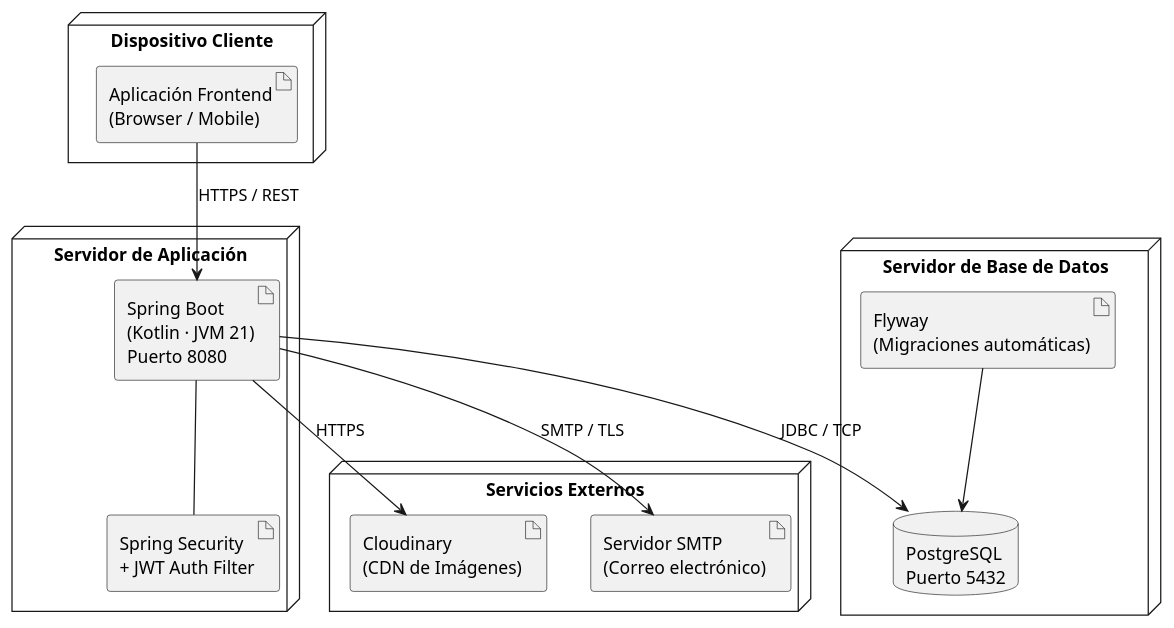
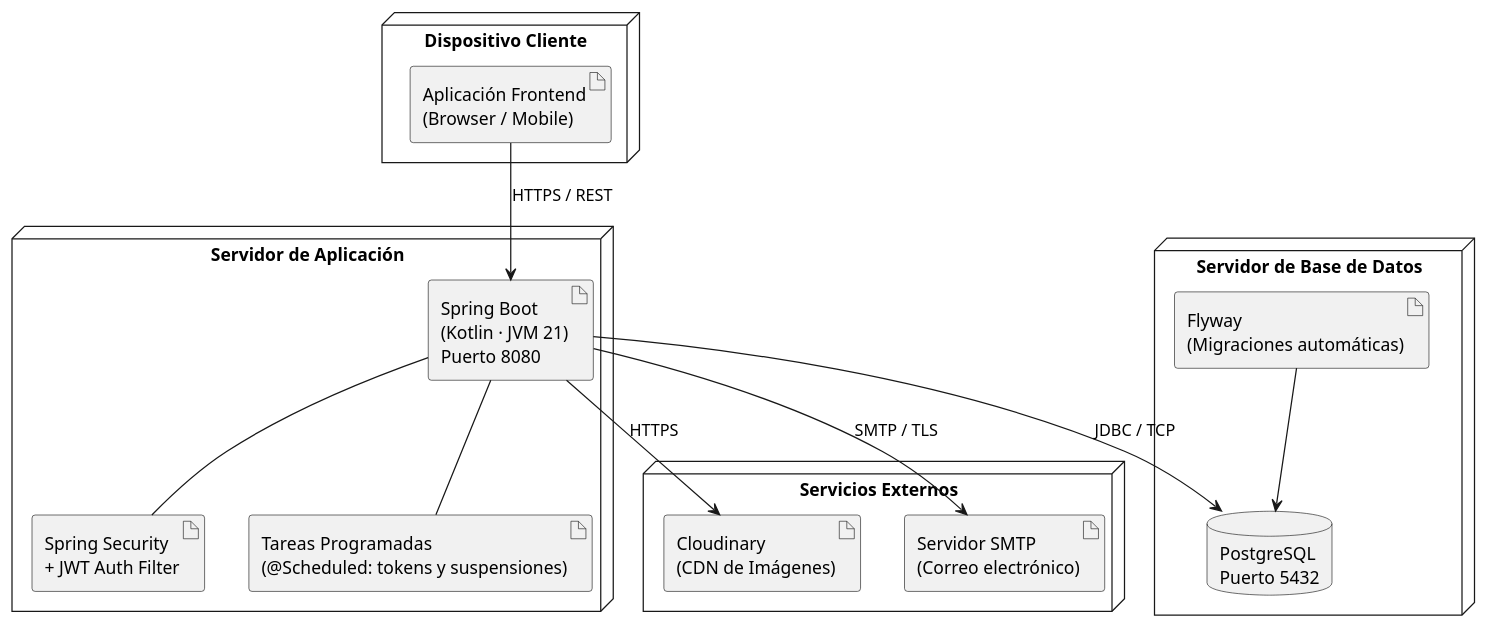
Before and after one commit to ryu1uga/2026-1.856.Patronika_Backend: the diagram in docs/diagrams/DeploymentDiagram.puml, drawn with PlantUML. The commit also changed 4 other files, not shown here.

Commit message:
actualización diagramas

```diff
--- a/docs/diagrams/DeploymentDiagram.puml
+++ b/docs/diagrams/DeploymentDiagram.puml
@@ -1,31 +1,33 @@
 @startuml DeploymentDiagram
 skinparam monochrome true
 skinparam shadowing false
 
 node "Dispositivo Cliente" {
     artifact "Aplicación Frontend\n(Browser / Mobile)" as Frontend
 }
 
 node "Servidor de Aplicación" {
     artifact "Spring Boot\n(Kotlin · JVM 21)\nPuerto 8080" as SpringBoot
     artifact "Spring Security\n+ JWT Auth Filter" as Security
+    artifact "Tareas Programadas\n(@Scheduled: tokens y suspensiones)" as Schedulers
     SpringBoot -- Security
+    SpringBoot -- Schedulers
 }
 
 node "Servidor de Base de Datos" {
     database "PostgreSQL\nPuerto 5432" as PostgreSQL
     artifact "Flyway\n(Migraciones automáticas)" as Flyway
     Flyway --> PostgreSQL
 }
 
 node "Servicios Externos" {
     artifact "Cloudinary\n(CDN de Imágenes)" as Cloudinary
     artifact "Servidor SMTP\n(Correo electrónico)" as SMTP
 }
 
 Frontend --> SpringBoot : HTTPS / REST
 SpringBoot --> PostgreSQL : JDBC / TCP
 SpringBoot --> Cloudinary : HTTPS
 SpringBoot --> SMTP : SMTP / TLS
 
 @enduml
```
